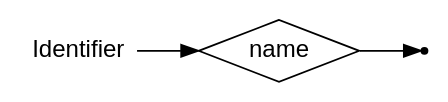
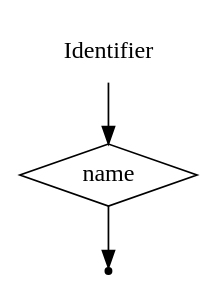
Before and after one commit to EgorGoluzin/DSL: the diagram in DSLTools/examples/PSECO/wirth/Identifier.gv, drawn with Graphviz. The commit also changed 110 other files, not shown here.

```diff
--- a/DSLTools/examples/PSECO/wirth/Identifier.gv
+++ b/DSLTools/examples/PSECO/wirth/Identifier.gv
@@ -1,9 +1,7 @@
-digraph IDENTIFIER {
-  rankdir=LR;
-  node [fontname="Arial"];
+digraph Identifier {
   start [label="Identifier" shape=plaintext];
+  A [label="name" shape=diamond];
   end [label="" shape=point];
-  A [label="name" shape=diamond];
   start -> A;
   A -> end;
 }
```
